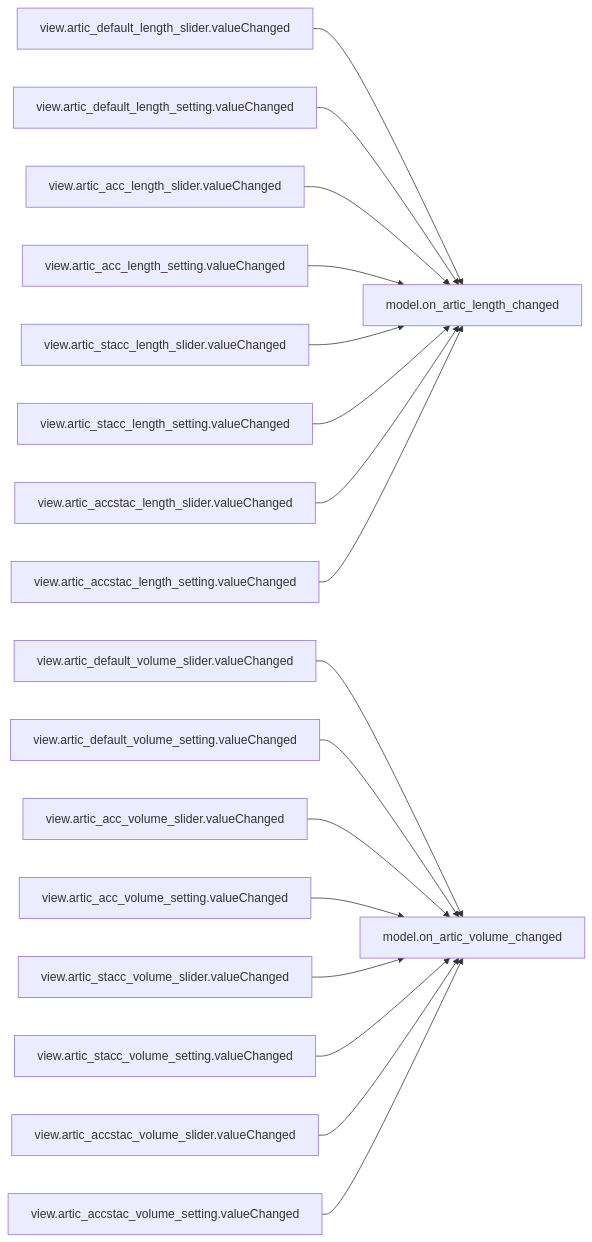
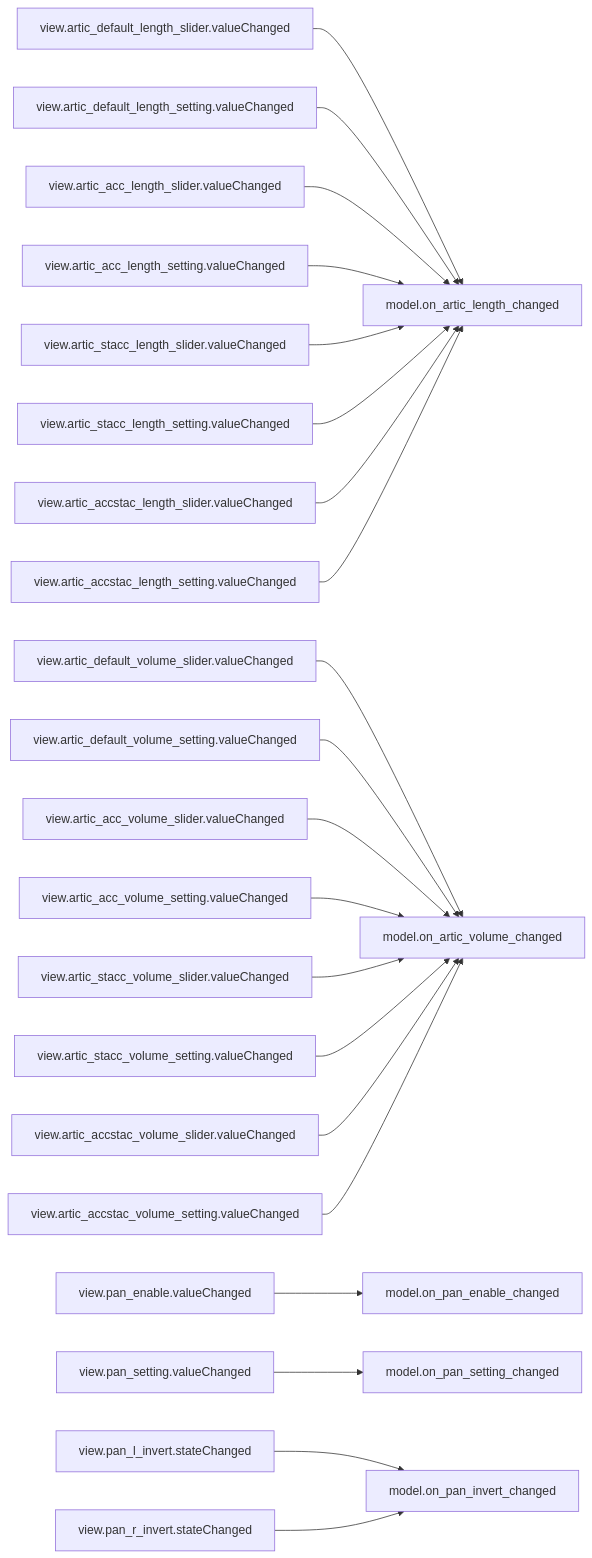
The sixth of 9 diagrams in doc/source/dashboard_signal_slot_map.rst (com-posers-pit/smw_music), drawn with Mermaid before and after one commit. The commit also changed other lines of this file and 7 other files, not shown here.

```diff
--- a/doc/source/dashboard_signal_slot_map.rst
+++ b/doc/source/dashboard_signal_slot_map.rst
@@ -123,19 +123,23 @@
 .. mermaid::
 
    flowchart LR
       view.artic_default_length_slider.valueChanged --> model.on_artic_length_changed
       view.artic_default_length_setting.valueChanged --> model.on_artic_length_changed
       view.artic_default_volume_slider.valueChanged --> model.on_artic_volume_changed
       view.artic_default_volume_setting.valueChanged --> model.on_artic_volume_changed
       view.artic_acc_length_slider.valueChanged --> model.on_artic_length_changed
       view.artic_acc_length_setting.valueChanged --> model.on_artic_length_changed
       view.artic_acc_volume_slider.valueChanged --> model.on_artic_volume_changed
       view.artic_acc_volume_setting.valueChanged --> model.on_artic_volume_changed
       view.artic_stacc_length_slider.valueChanged --> model.on_artic_length_changed
       view.artic_stacc_length_setting.valueChanged --> model.on_artic_length_changed
       view.artic_stacc_volume_slider.valueChanged --> model.on_artic_volume_changed
       view.artic_stacc_volume_setting.valueChanged --> model.on_artic_volume_changed
       view.artic_accstac_length_slider.valueChanged --> model.on_artic_length_changed
       view.artic_accstac_length_setting.valueChanged --> model.on_artic_length_changed
       view.artic_accstac_volume_slider.valueChanged --> model.on_artic_volume_changed
       view.artic_accstac_volume_setting.valueChanged --> model.on_artic_volume_changed
+      view.pan_enable.valueChanged --> model.on_pan_enable_changed
+      view.pan_setting.valueChanged --> model.on_pan_setting_changed
+      view.pan_l_invert.stateChanged --> model.on_pan_invert_changed
+      view.pan_r_invert.stateChanged --> model.on_pan_invert_changed
```
